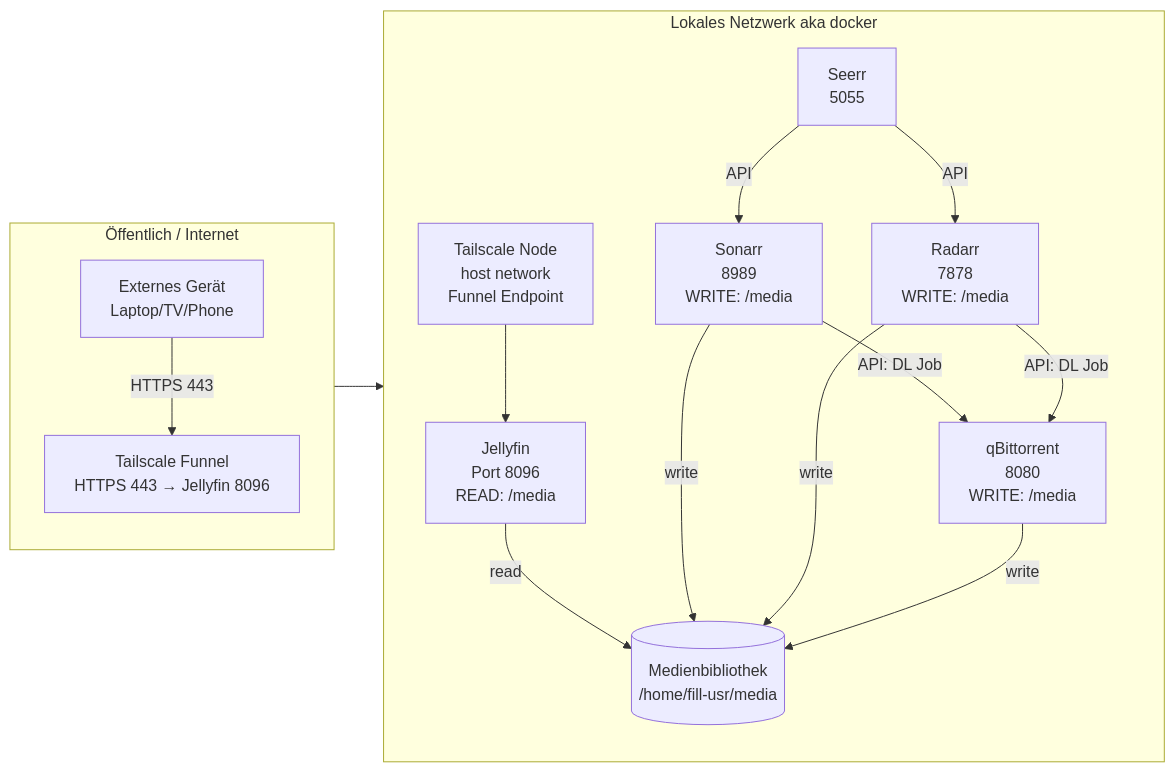
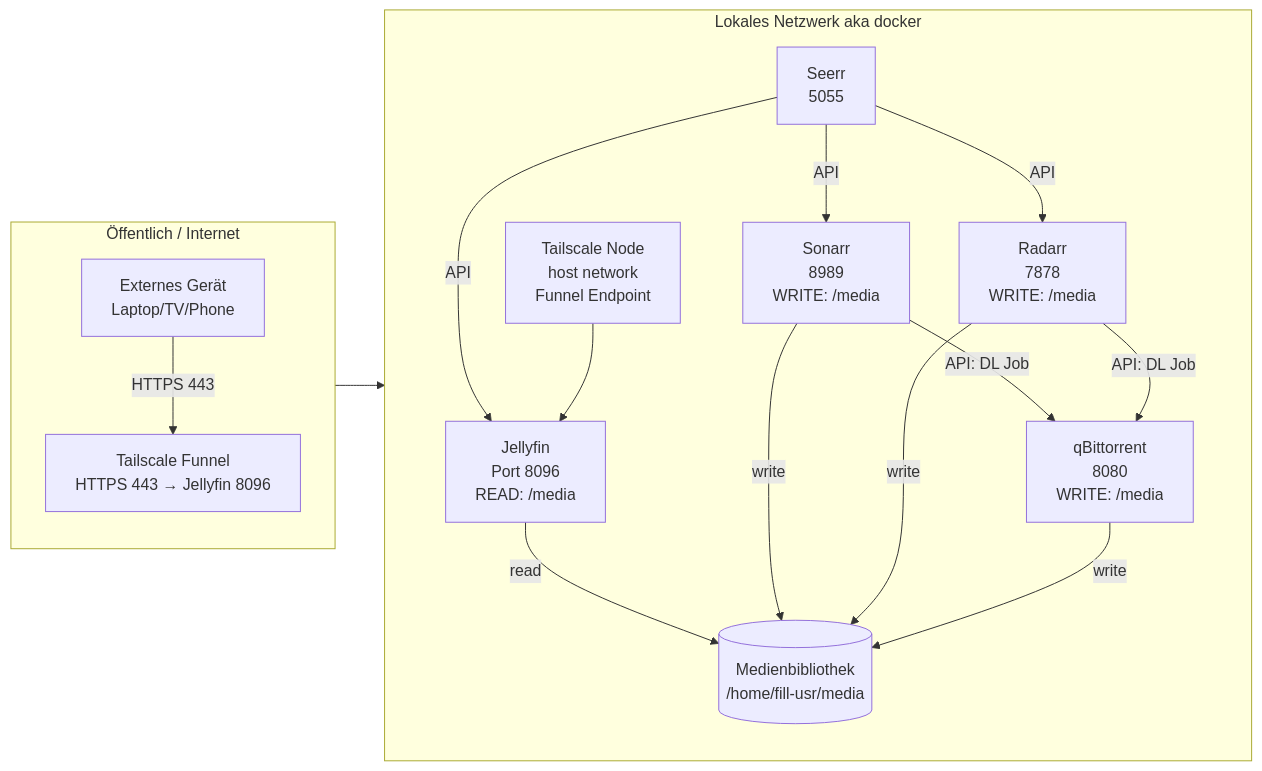
One commit to florianthepro/jellyfin changed the diagram in README.md. Above: the diagram before and after it, drawn with Mermaid.

````diff
--- a/README.md
+++ b/README.md
@@ -4,48 +4,49 @@
 ```mermaid
 flowchart LR
 %% ===== Bereiche =====
 subgraph LOCAL[Lokales Netzwerk aka docker]
 direction TB
 
     %% Jellyfin
     JF[Jellyfin<br/>Port 8096<br/>READ: /media]
 
     %% Medienbibliothek
     MB[(Medienbibliothek<br/>/home/fill-usr/media)]
 
     %% Downloader & Manager
     SON[Sonarr<br/>8989<br/>WRITE: /media]
     RAD[Radarr<br/>7878<br/>WRITE: /media]
     QBIT[qBittorrent<br/>8080<br/>WRITE: /media]
 
     %% Seerr Request Portal
     SEERR[Seerr<br/>5055]
 
     %% Tailscale Node
     TS[Tailscale Node<br/>host network<br/>Funnel Endpoint]
 
 end
 
 subgraph INTERNET[Öffentlich / Internet]
 direction TB
     FUNNEL[Tailscale Funnel<br/>HTTPS 443 → Jellyfin 8096]
     CLIENT[Externes Gerät<br/>Laptop/TV/Phone]
 end
 
 %% ===== Verbindungen =====
 
 %% Medienzugriff
 JF -->|read| MB
 SON -->|write| MB
 RAD -->|write| MB
 QBIT -->|write| MB
 
 %% API-Flow zwischen Services
 SEERR -->|API| SON
+SEERR -->|API| JF
 SEERR -->|API| RAD
 SON -->|API: DL Job| QBIT
 RAD -->|API: DL Job| QBIT
 
 %% Tailscale extern
 CLIENT -->|HTTPS 443| FUNNEL --> TS --> JF
 ```
````
